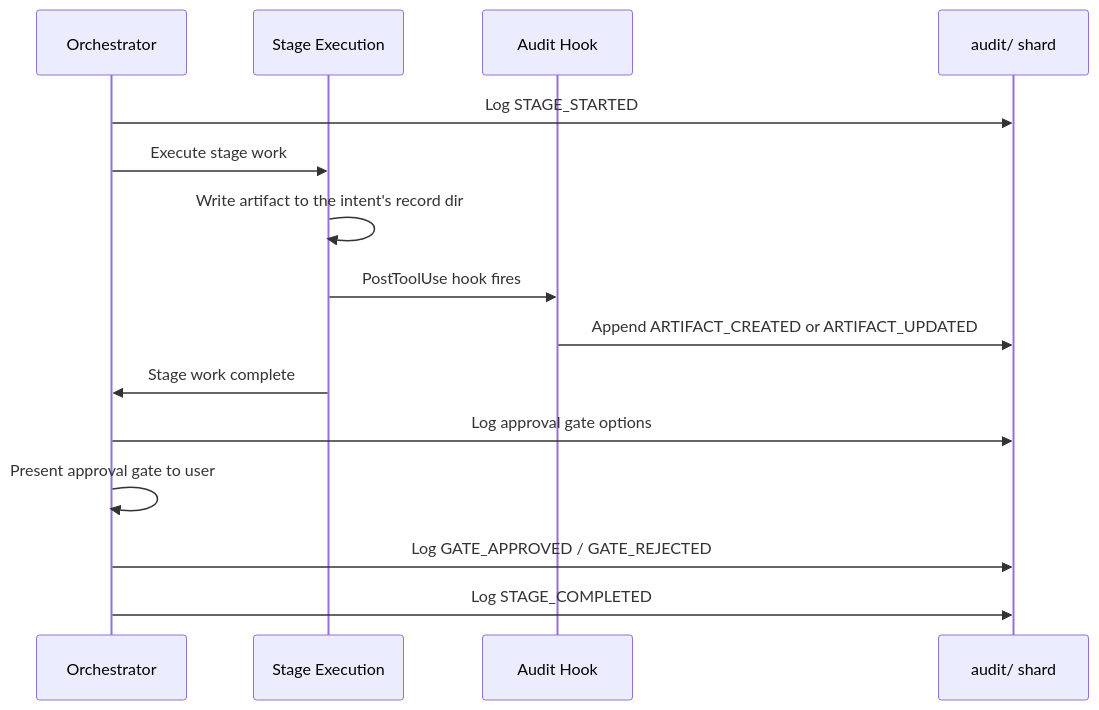
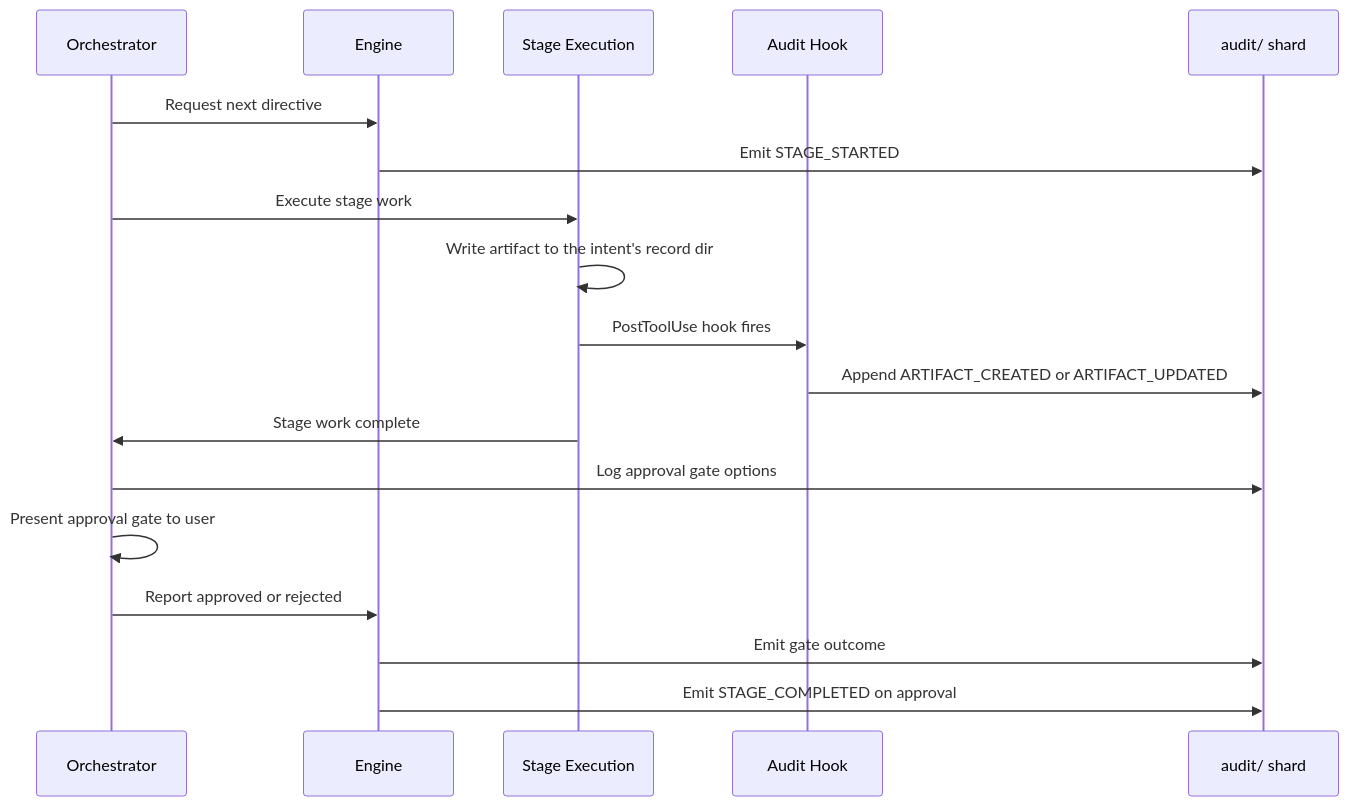
One commit to awslabs/aidlc-workflows changed the second of 2 diagrams in docs/guide/10-state-and-audit.md. Above: the diagram before and after it, drawn with Mermaid. The commit also changed other lines of this file and 680 other files, not shown here.

````diff
--- a/docs/guide/10-state-and-audit.md
+++ b/docs/guide/10-state-and-audit.md
@@ -129,18 +129,21 @@
 ```mermaid
 sequenceDiagram
     participant O as Orchestrator
+    participant E as Engine
     participant S as Stage Execution
     participant H as Audit Hook
     participant A as audit/ shard
 
-    O->>A: Log STAGE_STARTED
+    O->>E: Request next directive
+    E->>A: Emit STAGE_STARTED
     O->>S: Execute stage work
     S->>S: Write artifact to the intent's record dir
     S->>H: PostToolUse hook fires
     H->>A: Append ARTIFACT_CREATED or ARTIFACT_UPDATED
     S->>O: Stage work complete
     O->>A: Log approval gate options
     O->>O: Present approval gate to user
-    O->>A: Log GATE_APPROVED / GATE_REJECTED
-    O->>A: Log STAGE_COMPLETED
+    O->>E: Report approved or rejected
+    E->>A: Emit gate outcome
+    E->>A: Emit STAGE_COMPLETED on approval
 ```
````
